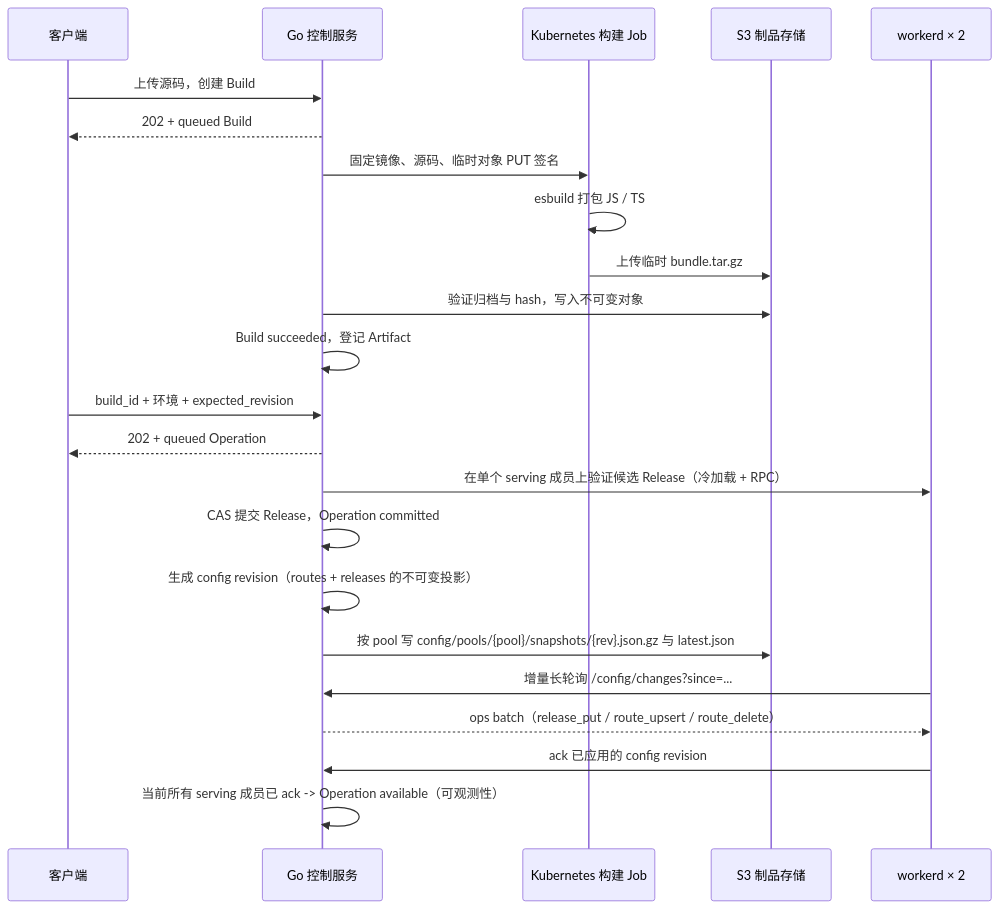
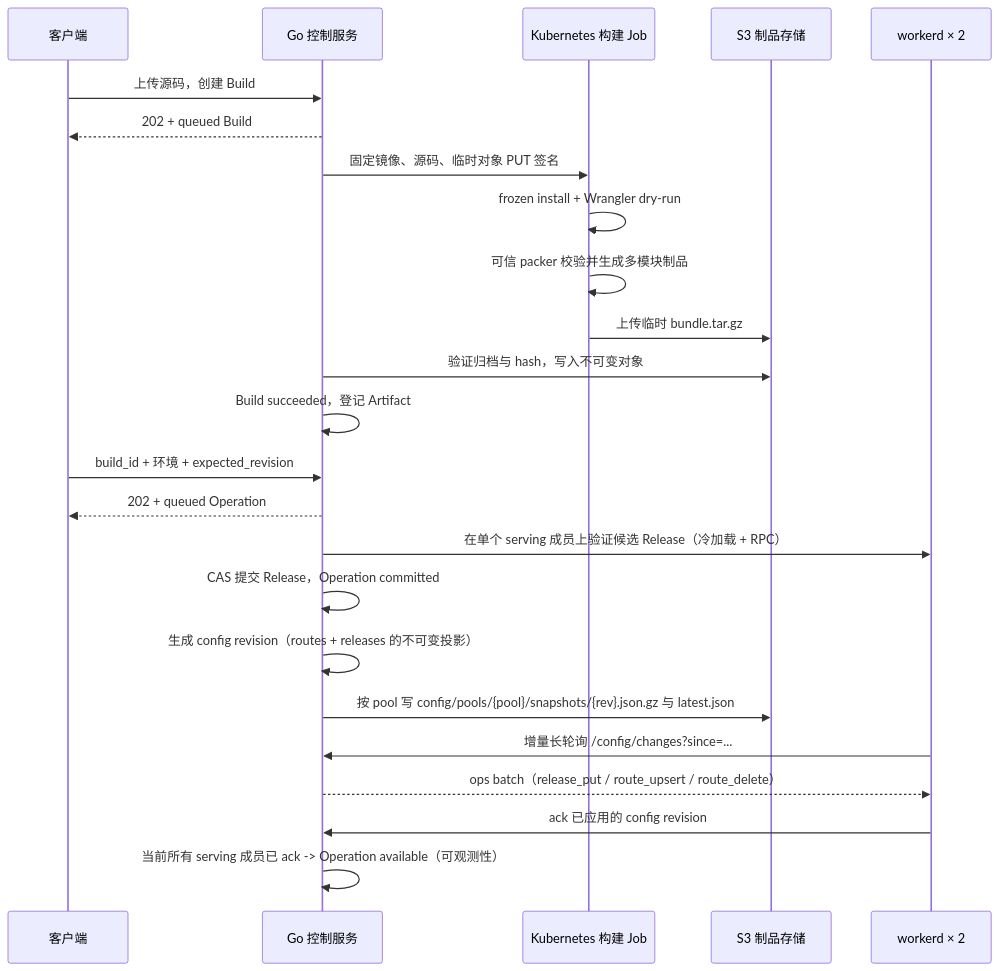
The diagram in docs/workers-backend.md (krun-dev/krun), drawn with Mermaid before and after one commit. The commit also changed other lines of this file and 98 other files, not shown here.

````diff
--- a/docs/workers-backend.md
+++ b/docs/workers-backend.md
@@ -14,25 +14,26 @@
 ```mermaid
 sequenceDiagram
     participant C as 客户端
     participant A as Go 控制服务
     participant J as Kubernetes 构建 Job
     participant S as S3 制品存储
     participant W as workerd × 2
     C->>A: 上传源码，创建 Build
     A-->>C: 202 + queued Build
     A->>J: 固定镜像、源码、临时对象 PUT 签名
-    J->>J: esbuild 打包 JS / TS
+    J->>J: frozen install + Wrangler dry-run
+    J->>J: 可信 packer 校验并生成多模块制品
     J->>S: 上传临时 bundle.tar.gz
     A->>S: 验证归档与 hash，写入不可变对象
     A->>A: Build succeeded，登记 Artifact
     C->>A: build_id + 环境 + expected_revision
     A-->>C: 202 + queued Operation
     A->>W: 在单个 serving 成员上验证候选 Release（冷加载 + RPC）
     A->>A: CAS 提交 Release，Operation committed
     A->>A: 生成 config revision（routes + releases 的不可变投影）
     A->>S: 按 pool 写 config/pools/{pool}/snapshots/{rev}.json.gz 与 latest.json
     W->>A: 增量长轮询 /config/changes?since=...
     A-->>W: ops batch（release_put / route_upsert / route_delete）
     W->>A: ack 已应用的 config revision
     A->>A: 当前所有 serving 成员已 ack -> Operation available（可观测性）
 ```
````
